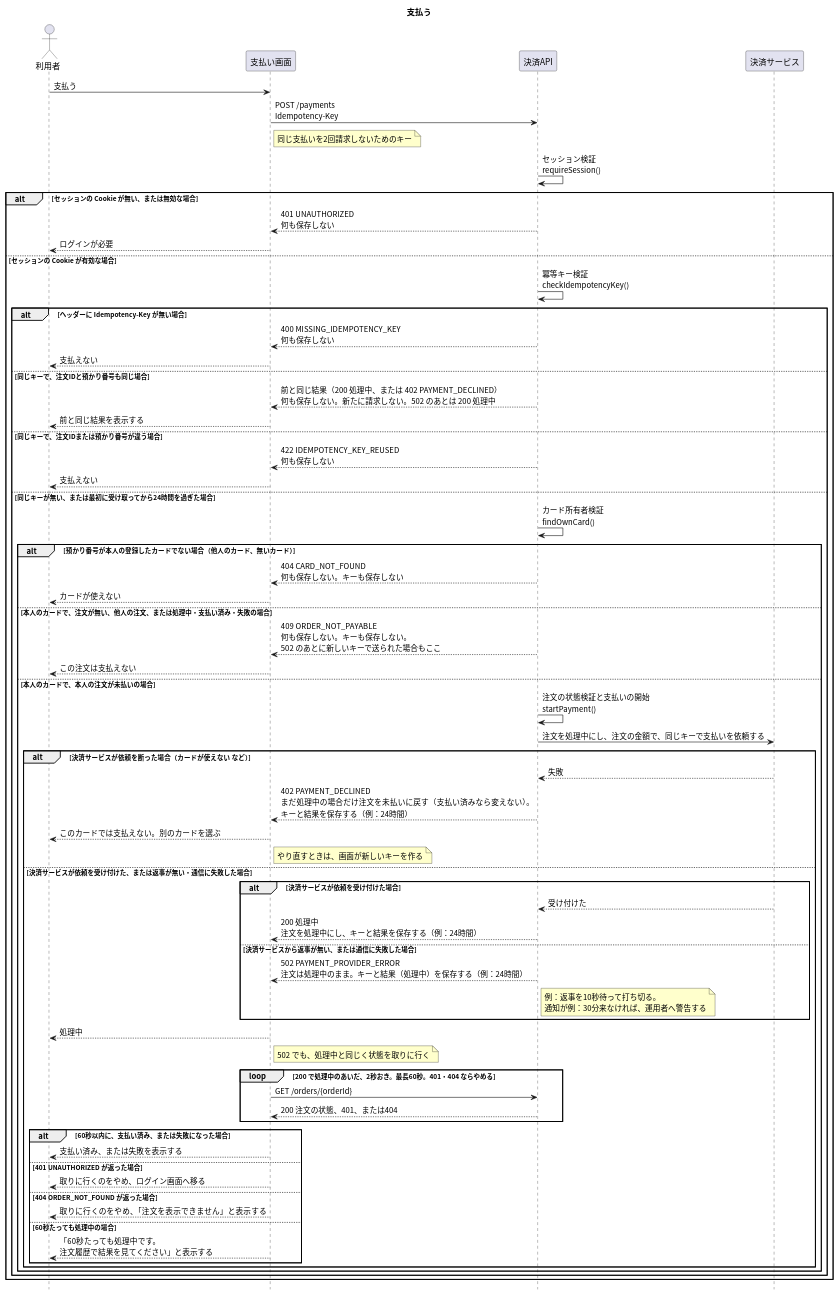
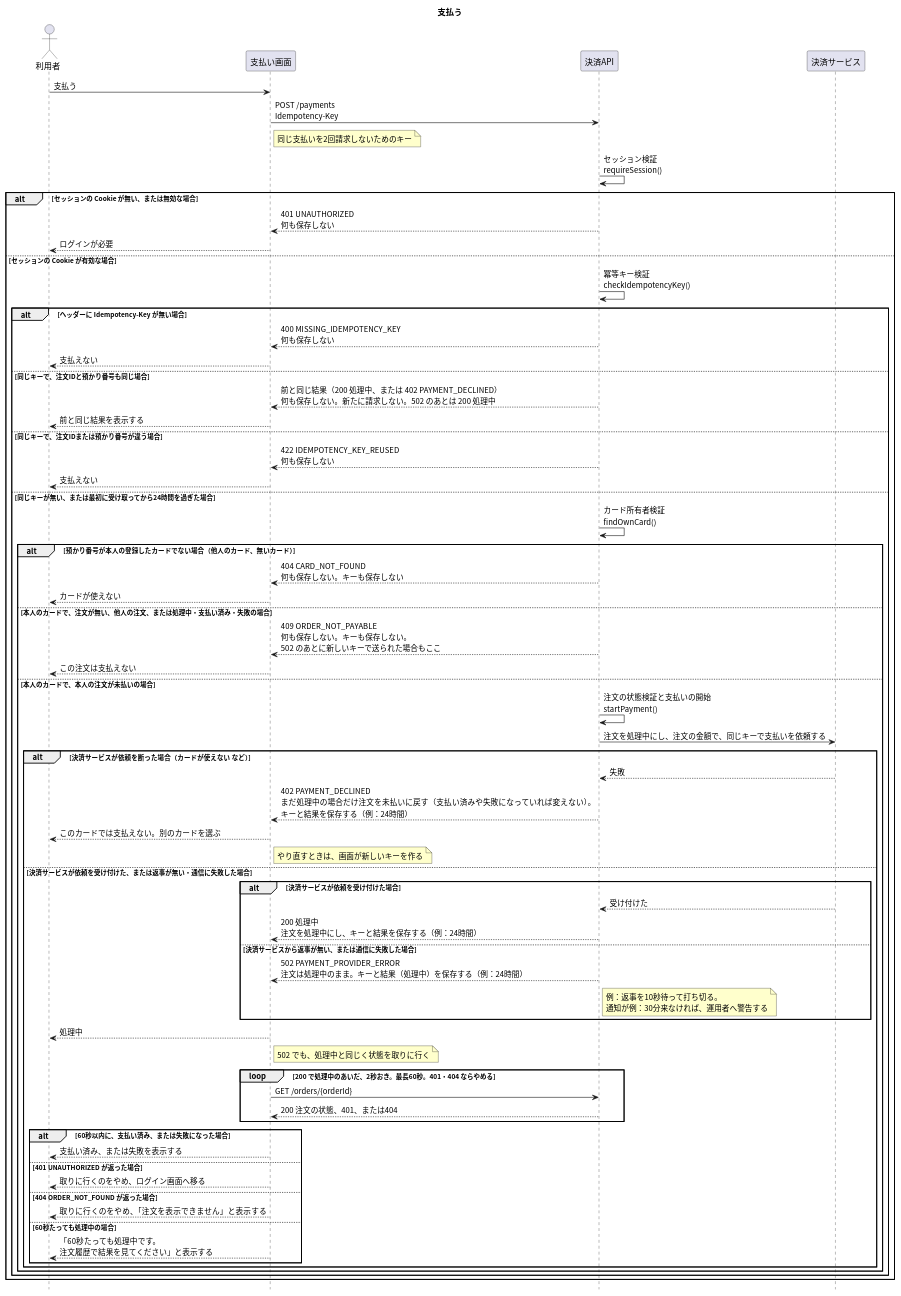
The diagram in apis/create-payment/入口.puml (masamasamasato/design-doc-template), drawn with PlantUML before and after one commit. The commit also changed 7 other files, not shown here.

```diff
--- a/apis/create-payment/入口.puml
+++ b/apis/create-payment/入口.puml
@@ -1,76 +1,76 @@
 @startuml
 skinparam shadowing false
 skinparam defaultFontName "Noto Sans CJK JP"
 skinparam SequenceFontName "Noto Sans CJK JP"
 skinparam NoteBackgroundColor #FFFFCC
 hide footbox
 
 title 支払う
 
 actor "利用者" as User
 participant "支払い画面" as Screen
 participant "決済API" as API
 participant "決済サービス" as PSP
 
 User -> Screen : 支払う
 Screen -> API : POST /payments\nIdempotency-Key
 note right of Screen : 同じ支払いを2回請求しないためのキー
 API -> API : セッション検証\nrequireSession()
 alt セッションの Cookie が無い、または無効な場合
   API --> Screen : 401 UNAUTHORIZED\n何も保存しない
   Screen --> User : ログインが必要
 else セッションの Cookie が有効な場合
   API -> API : 冪等キー検証\ncheckIdempotencyKey()
   alt ヘッダーに Idempotency-Key が無い場合
     API --> Screen : 400 MISSING_IDEMPOTENCY_KEY\n何も保存しない
     Screen --> User : 支払えない
   else 同じキーで、注文IDと預かり番号も同じ場合
     API --> Screen : 前と同じ結果（200 処理中、または 402 PAYMENT_DECLINED）\n何も保存しない。新たに請求しない。502 のあとは 200 処理中
     Screen --> User : 前と同じ結果を表示する
   else 同じキーで、注文IDまたは預かり番号が違う場合
     API --> Screen : 422 IDEMPOTENCY_KEY_REUSED\n何も保存しない
     Screen --> User : 支払えない
   else 同じキーが無い、または最初に受け取ってから24時間を過ぎた場合
     API -> API : カード所有者検証\nfindOwnCard()
     alt 預かり番号が本人の登録したカードでない場合（他人のカード、無いカード）
       API --> Screen : 404 CARD_NOT_FOUND\n何も保存しない。キーも保存しない
       Screen --> User : カードが使えない
     else 本人のカードで、注文が無い、他人の注文、または処理中・支払い済み・失敗の場合
       API --> Screen : 409 ORDER_NOT_PAYABLE\n何も保存しない。キーも保存しない。\n502 のあとに新しいキーで送られた場合もここ
       Screen --> User : この注文は支払えない
     else 本人のカードで、本人の注文が未払いの場合
       API -> API : 注文の状態検証と支払いの開始\nstartPayment()
       API -> PSP : 注文を処理中にし、注文の金額で、同じキーで支払いを依頼する
       alt 決済サービスが依頼を断った場合（カードが使えない など）
         PSP --> API : 失敗
-        API --> Screen : 402 PAYMENT_DECLINED\nまだ処理中の場合だけ注文を未払いに戻す（支払い済みなら変えない）。\nキーと結果を保存する（例：24時間）
+        API --> Screen : 402 PAYMENT_DECLINED\nまだ処理中の場合だけ注文を未払いに戻す（支払い済みや失敗になっていれば変えない）。\nキーと結果を保存する（例：24時間）
         Screen --> User : このカードでは支払えない。別のカードを選ぶ
         note right of Screen : やり直すときは、画面が新しいキーを作る
       else 決済サービスが依頼を受け付けた、または返事が無い・通信に失敗した場合
         alt 決済サービスが依頼を受け付けた場合
           PSP --> API : 受け付けた
           API --> Screen : 200 処理中\n注文を処理中にし、キーと結果を保存する（例：24時間）
         else 決済サービスから返事が無い、または通信に失敗した場合
           API --> Screen : 502 PAYMENT_PROVIDER_ERROR\n注文は処理中のまま。キーと結果（処理中）を保存する（例：24時間）
           note right of API : 例：返事を10秒待って打ち切る。\n通知が例：30分来なければ、運用者へ警告する
         end
         Screen --> User : 処理中
         note right of Screen : 502 でも、処理中と同じく状態を取りに行く
         loop 200 で処理中のあいだ、2秒おき。最長60秒。401・404 ならやめる
           Screen -> API : GET /orders/{orderId}
           API --> Screen : 200 注文の状態、401、または404
         end
         alt 60秒以内に、支払い済み、または失敗になった場合
           Screen --> User : 支払い済み、または失敗を表示する
         else 401 UNAUTHORIZED が返った場合
           Screen --> User : 取りに行くのをやめ、ログイン画面へ移る
         else 404 ORDER_NOT_FOUND が返った場合
           Screen --> User : 取りに行くのをやめ、「注文を表示できません」と表示する
         else 60秒たっても処理中の場合
           Screen --> User : 「60秒たっても処理中です。\n注文履歴で結果を見てください」と表示する
         end
       end
     end
   end
 end
 @enduml
```
